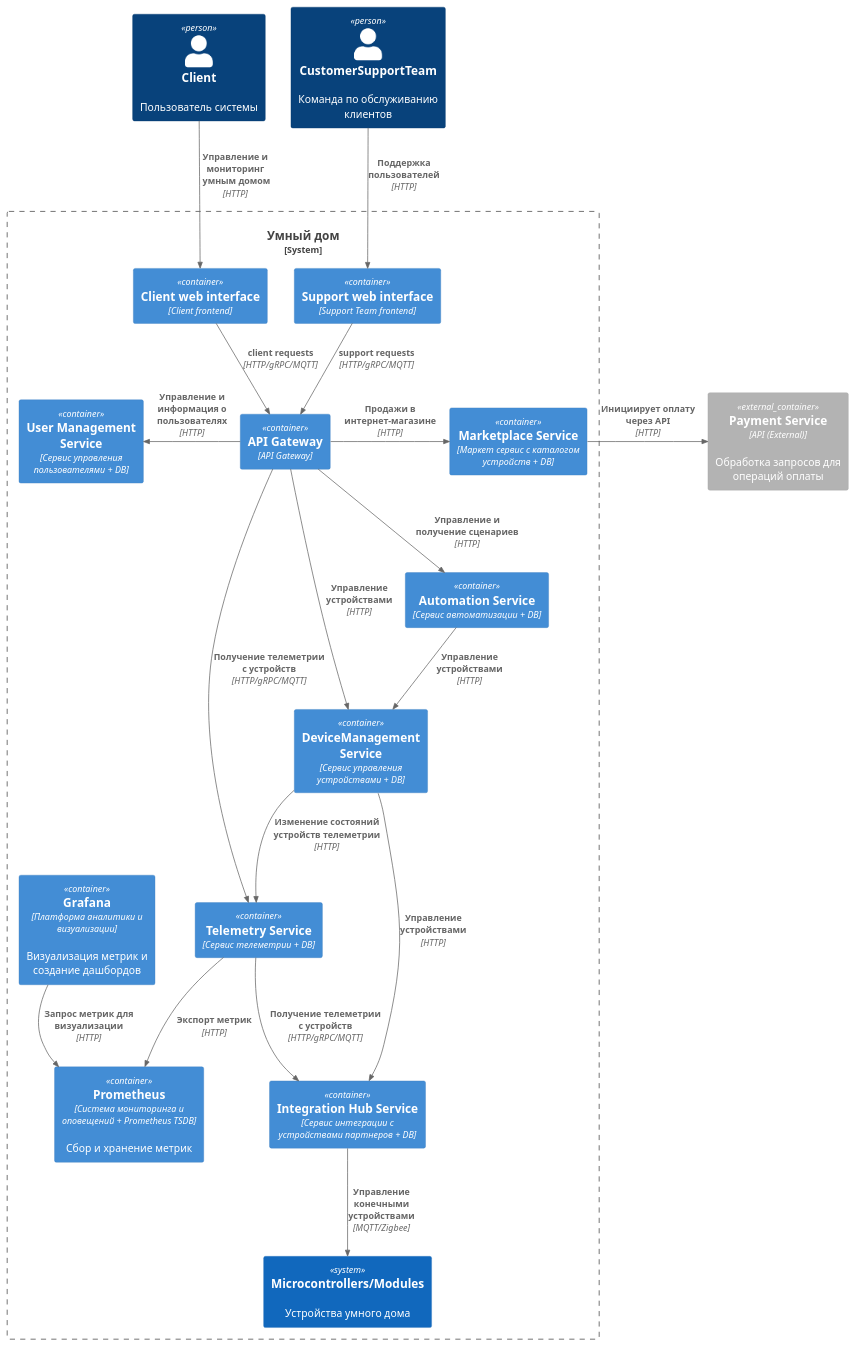
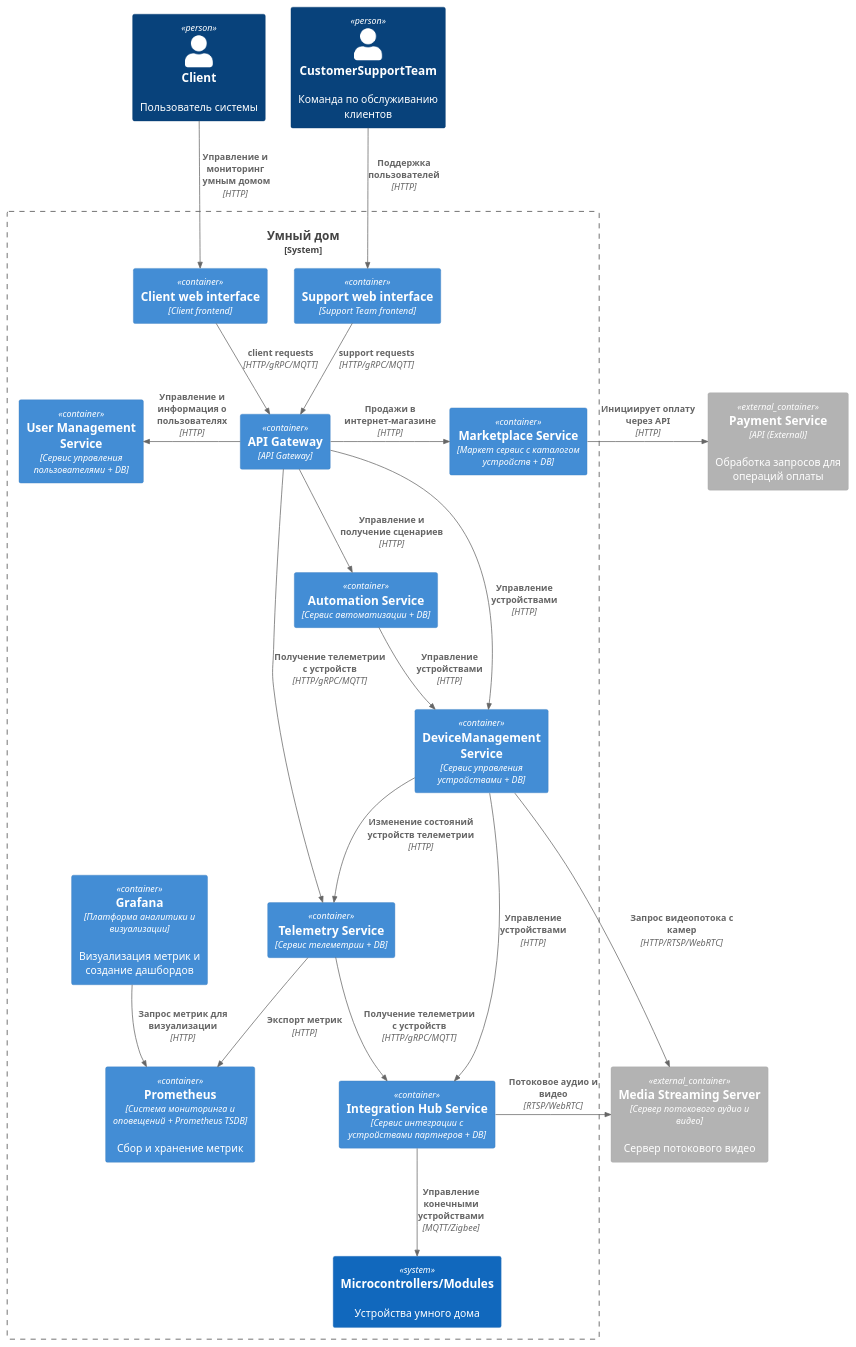
Before and after one commit to ayakhont/architecture-warmhouse: the diagram in docs/containers_C4.puml, drawn with PlantUML. The commit also changed 3 other files, not shown here.

```diff
--- a/docs/containers_C4.puml
+++ b/docs/containers_C4.puml
@@ -1,42 +1,46 @@
 @startuml
 
 !include <C4/C4_Container>
 
 Person(client, "Client", "Пользователь системы")
 Person(customerSupportTeam, "CustomerSupportTeam", "Команда по обслуживанию клиентов")
 System_Boundary(platform, "Умный дом") {
     Container(clientFrontend, "Client web interface", "Client frontend")
     Container(supportFrontend, "Support web interface", "Support Team frontend")
     Container(apiGateway, "API Gateway", "API Gateway")
     Container(userManagement, "User Management Service", "Сервис управления пользователями + DB")
     Container(telemetry, "Telemetry Service", "Сервис телеметрии + DB")
     Container(prometheus, "Prometheus", "Система мониторинга и оповещений + Prometheus TSDB", "Сбор и хранение метрик")
     Container(grafana, "Grafana", "Платформа аналитики и визуализации", "Визуализация метрик и создание дашбордов")
     Container(automation, "Automation Service", "Сервис автоматизации + DB")
     Container(deviceManagementService, "DeviceManagement Service", "Сервис управления устройствами + DB")
     Container(marketplace, "Marketplace Service", "Маркет сервис с каталогом устройств + DB")
     Container(integrationHub, "Integration Hub Service", "Сервис интеграции с устройствами партнеров + DB")
     System(microcontrollers, "Microcontrollers/Modules", "Устройства умного дома")
 }
 Container_Ext(paymentService, "Payment Service", "API (External)", "Обработка запросов для операций оплаты")
+Container_Ext(mediaStreamingServer, "Media Streaming Server", "Сервер потокового аудио и видео", "Сервер потокового видео")
 
 Rel(client, clientFrontend, "Управление и мониторинг\n умным домом", "HTTP")
 Rel(customerSupportTeam, supportFrontend, "Поддержка пользователей", "HTTP")
 Rel(clientFrontend, apiGateway, "client requests", "HTTP/gRPC/MQTT")
 Rel(supportFrontend, apiGateway, "support requests", "HTTP/gRPC/MQTT")
 Rel(apiGateway, deviceManagementService, "Управление устройствами", "HTTP")
 Rel(apiGateway, automation, "Управление и получение сценариев", "HTTP")
 Rel(automation, deviceManagementService, "Управление устройствами", "HTTP")
 Rel_R(apiGateway, marketplace, "Продажи в интернет-магазине", "HTTP")
 Rel_L(apiGateway, userManagement, "Управление и информация о пользователях" ,"HTTP")
 Rel(deviceManagementService, integrationHub, "Управление устройствами", "HTTP")
 Rel(integrationHub, microcontrollers, "Управление конечными устройствами", "MQTT/Zigbee")
 Rel(telemetry, integrationHub, "Получение телеметрии с устройств", "HTTP/gRPC/MQTT")
 Rel(deviceManagementService, telemetry, "Изменение состояний устройств телеметрии", "HTTP")
 Rel(apiGateway, telemetry, "Получение телеметрии с устройств", "HTTP/gRPC/MQTT")
 Rel_R(marketplace, paymentService, "Инициирует оплату через API", "HTTP")
 Rel(telemetry, prometheus, "Экспорт метрик", "HTTP")
 Rel(grafana, prometheus, "Запрос метрик для визуализации", "HTTP")
+Rel_R(deviceManagementService, mediaStreamingServer, "Запрос видеопотока с камер", "HTTP/RTSP/WebRTC")
+Rel_R(integrationHub, mediaStreamingServer, "Потоковое аудио и видео", "RTSP/WebRTC")
+
 
 
 @enduml
```
